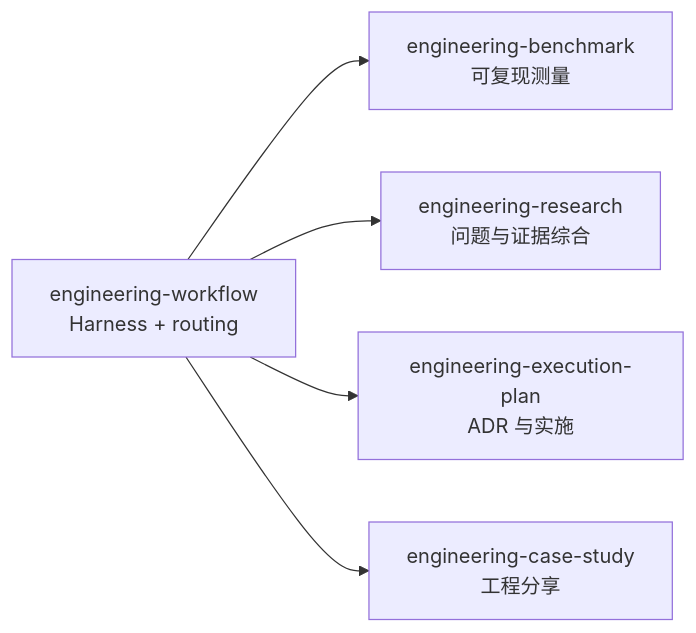
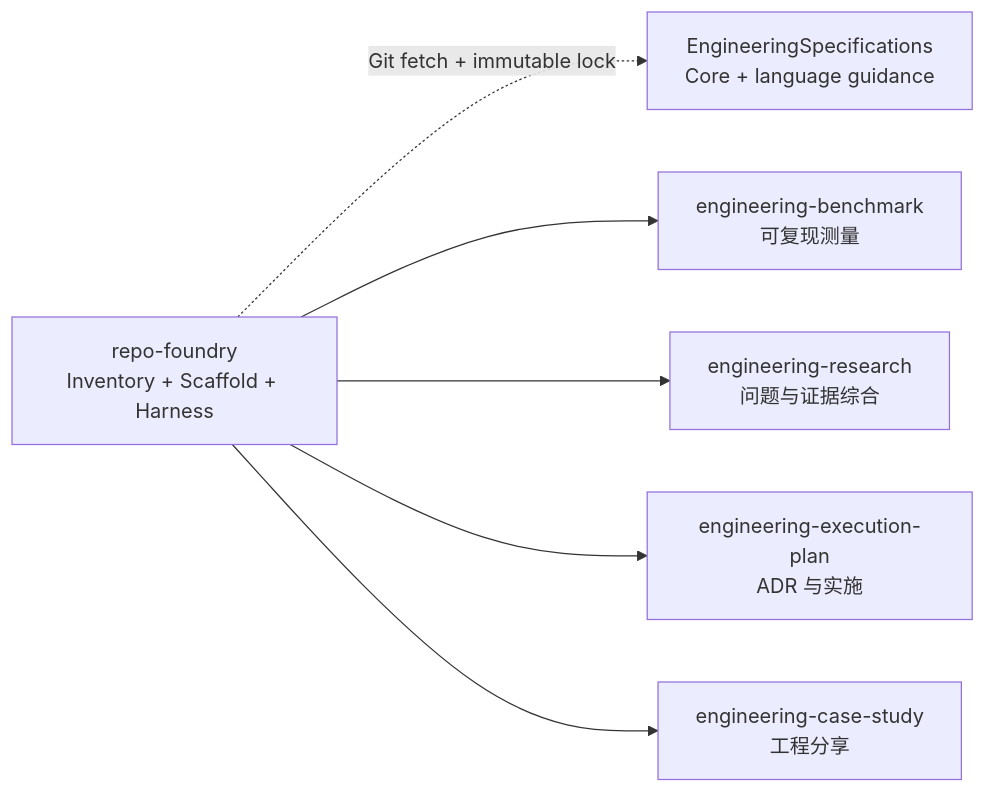
Before and after one commit to XiaoWeiKIN/RepoFoundryAI: the diagram in SKILL.md, drawn with Mermaid. The commit also changed other lines of this file and 52 other files, not shown here.

````diff
--- a/SKILL.md
+++ b/SKILL.md
@@ -12,8 +13,9 @@
 ```mermaid
 flowchart LR
-    W["engineering-workflow<br/>Harness + routing"]
+    W["repo-foundry<br/>Inventory + Scaffold + Harness"]
+    W -.->|"Git fetch + immutable lock"| S["EngineeringSpecifications<br/>Core + language guidance"]
     W --> B["engineering-benchmark<br/>可复现测量"]
     W --> R["engineering-research<br/>问题与证据综合"]
     W --> E["engineering-execution-plan<br/>ADR 与实施"]
     W --> C["engineering-case-study<br/>工程分享"]
 ```
````
